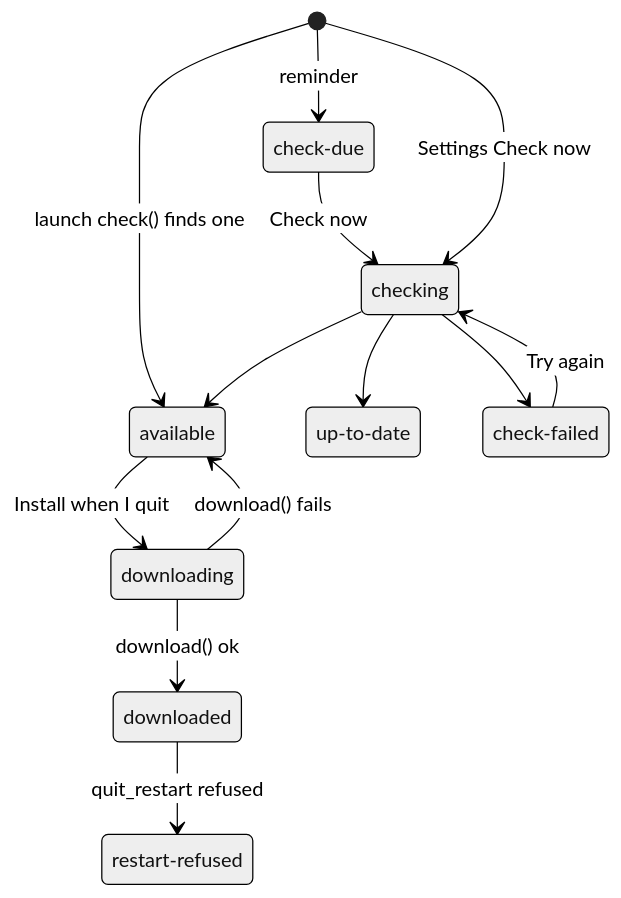
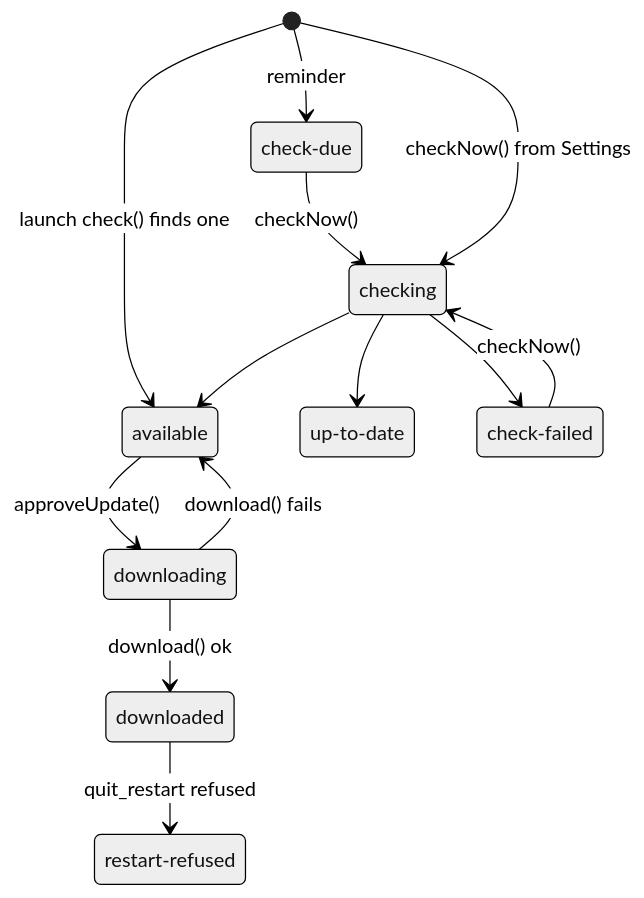
Before and after one commit to diffplug/dormouse: the diagram in docs/specs/auto-update.md, drawn with Mermaid (neutral theme).

Commit message:
auto-update: review fixes to the update notice diagram
Fixes 698fc21c3:
- The state diagram preceded the Baseboard table that defines its
  states; it now sits under "Update notice in the Baseboard", after the
  table and the paragraph naming its actions.
- Edge labels carried button copy ("Install when I quit", "Try again",
  "Check now"); they now name the actions the code calls
  (approveUpdate(), checkNow() in standalone/src/updater.ts, which the
  Baseboard's Check now and Try again both call). Meaning unchanged.

````diff
--- a/docs/specs/auto-update.md
+++ b/docs/specs/auto-update.md
@@ -11,19 +50,19 @@
 ```mermaid
 stateDiagram-v2
   state "check-due" as due
   state "check-failed" as failed
   state "up-to-date" as utd
   state "restart-refused" as refused
   [*] --> available: launch check() finds one
   [*] --> due: reminder
-  [*] --> checking: Settings Check now
-  due --> checking: Check now
-  failed --> checking: Try again
+  [*] --> checking: checkNow() from Settings
+  due --> checking: checkNow()
+  failed --> checking: checkNow()
   checking --> available
   checking --> utd
   checking --> failed
-  available --> downloading: Install when I quit
+  available --> downloading: approveUpdate()
   downloading --> available: download() fails
   downloading --> downloaded: download() ok
   downloaded --> refused: quit_restart refused
 ```
````
